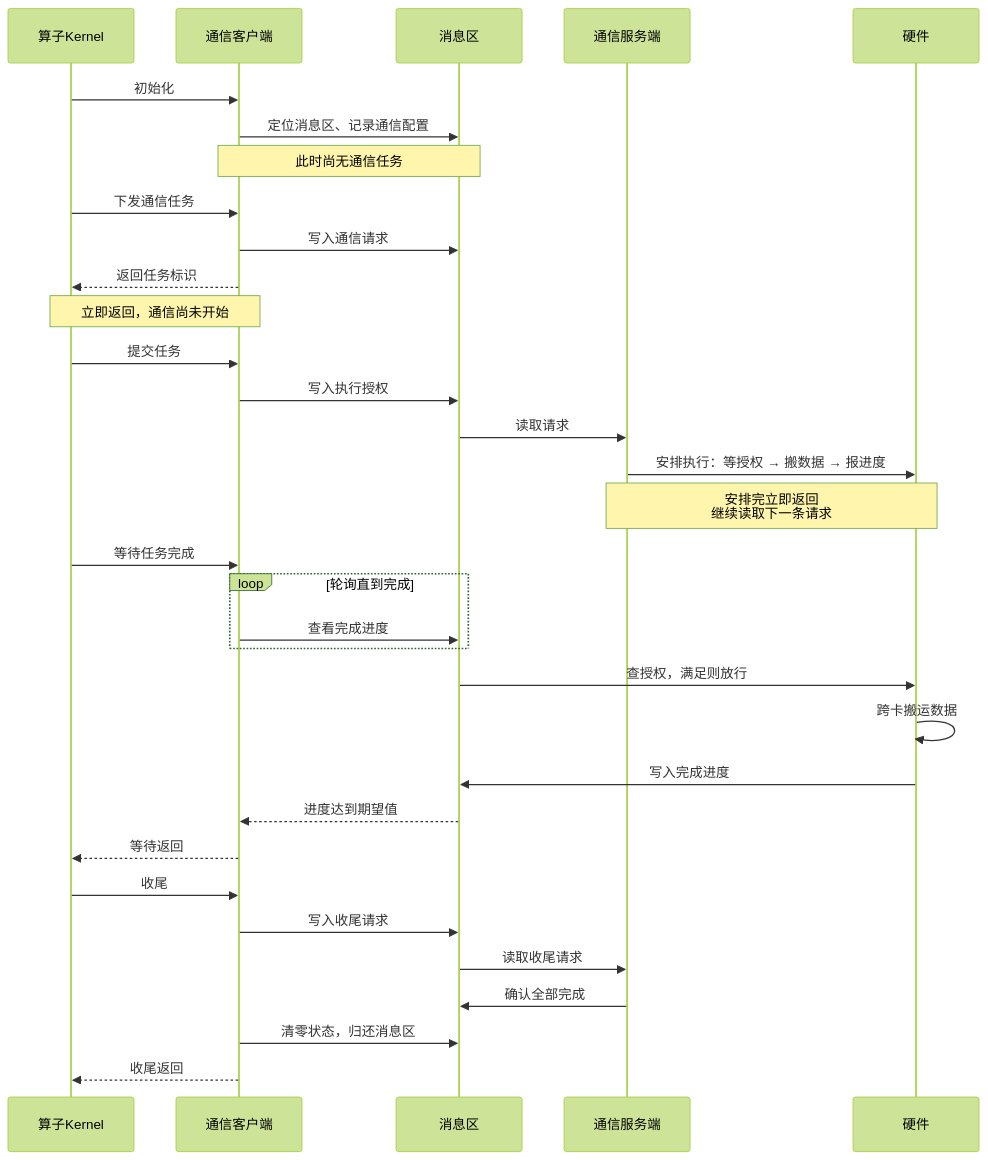
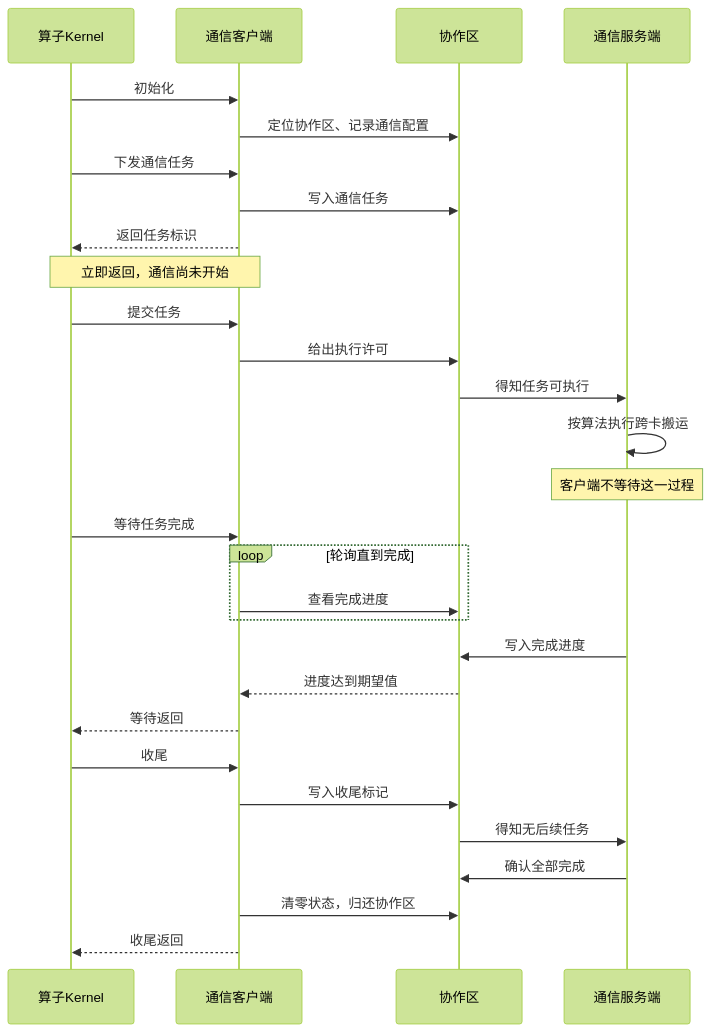
The fourth of 7 diagrams in docs/zh/编程模型/MC2编程模型/通信模型.md (Atlas-Ascend-Fork/asc-comm), drawn with Mermaid (forest theme) before and after one commit. The commit also changed other lines of this file and 1 other file, not shown here.

````diff
--- a/docs/zh/编程模型/MC2编程模型/通信模型.md
+++ b/docs/zh/编程模型/MC2编程模型/通信模型.md
@@ -294,42 +314,38 @@
 ```mermaid
 sequenceDiagram
     participant K as 算子Kernel
     participant C as 通信客户端
-    participant M as 消息区
+    participant M as 协作区
     participant S as 通信服务端
-    participant H as 硬件
 
     K->>C: 初始化
-    C->>M: 定位消息区、记录通信配置
-    Note over C,M: 此时尚无通信任务
+    C->>M: 定位协作区、记录通信配置
 
     K->>C: 下发通信任务
-    C->>M: 写入通信请求
+    C->>M: 写入通信任务
     C-->>K: 返回任务标识
     Note over C,K: 立即返回，通信尚未开始
 
     K->>C: 提交任务
-    C->>M: 写入执行授权
+    C->>M: 给出执行许可
 
-    M->>S: 读取请求
-    S->>H: 安排执行：等授权 → 搬数据 → 报进度
-    Note over S,H: 安排完立即返回<br/>继续读取下一条请求
+    M->>S: 得知任务可执行
+    S->>S: 按算法执行跨卡搬运
+    Note over S: 客户端不等待这一过程
 
     K->>C: 等待任务完成
     loop 轮询直到完成
         C->>M: 查看完成进度
     end
 
-    M->>H: 查授权，满足则放行
-    H->>H: 跨卡搬运数据
-    H->>M: 写入完成进度
+    S->>M: 写入完成进度
     M-->>C: 进度达到期望值
     C-->>K: 等待返回
 
     K->>C: 收尾
-    C->>M: 写入收尾请求
-    M->>S: 读取收尾请求
+    C->>M: 写入收尾标记
+    M->>S: 得知无后续任务
     S->>M: 确认全部完成
-    C->>M: 清零状态，归还消息区
+    C->>M: 清零状态，归还协作区
     C-->>K: 收尾返回
 ```
````
